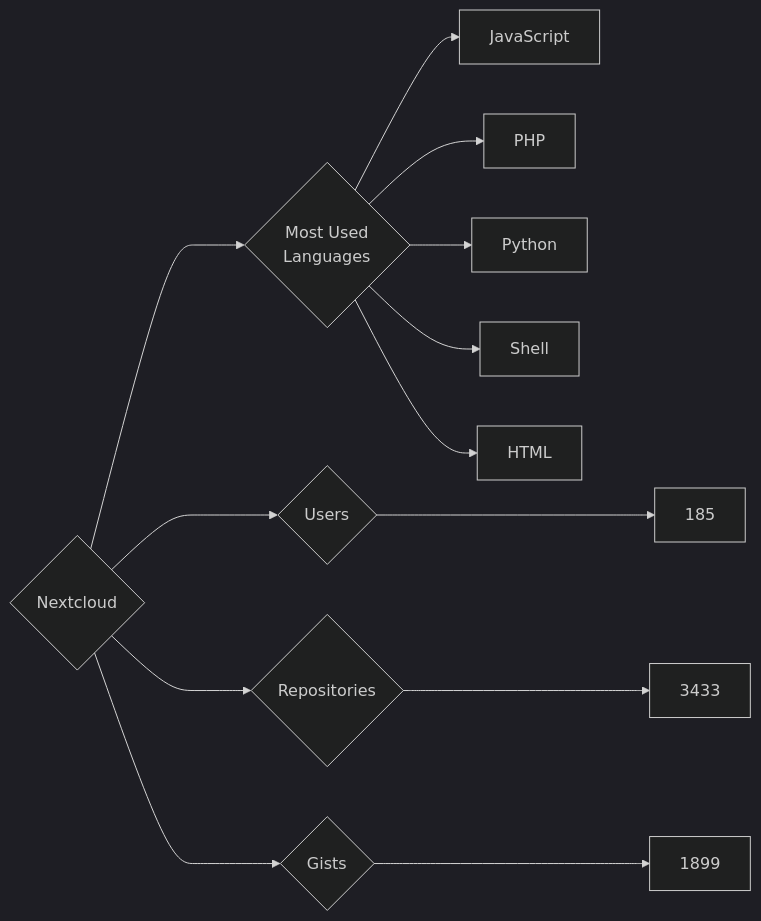
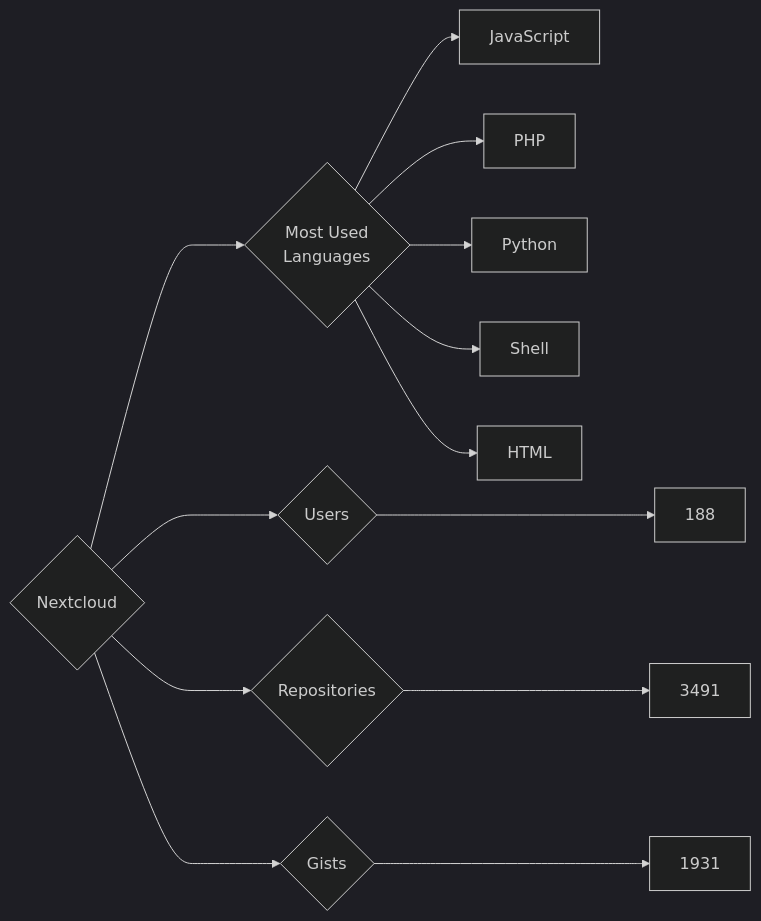
Before and after one commit to trickest/insiders: the diagram in targets/Nextcloud/README.md, drawn with Mermaid (dark theme). The commit also changed 833 other files, not shown here.

````diff
--- a/targets/Nextcloud/README.md
+++ b/targets/Nextcloud/README.md
@@ -3,13 +3,13 @@
 ```mermaid
 graph LR
 COMPANY_NAME{Nextcloud}
-COMPANY_NAME ---> U{Users} ---> UN[185]
-COMPANY_NAME ---> R{Repositories} ---> RN[3433]
-COMPANY_NAME ---> G{Gists} ---> GN[1899]
+COMPANY_NAME ---> U{Users} ---> UN[188]
+COMPANY_NAME ---> R{Repositories} ---> RN[3491]
+COMPANY_NAME ---> G{Gists} ---> GN[1931]
 COMPANY_NAME ---> ML{Most Used<br>Languages}
 ML --> JavaScript[JavaScript]
 ML --> PHP[PHP]
 ML --> Python[Python]
 ML --> Shell[Shell]
 ML --> HTML[HTML]
 ```
````
